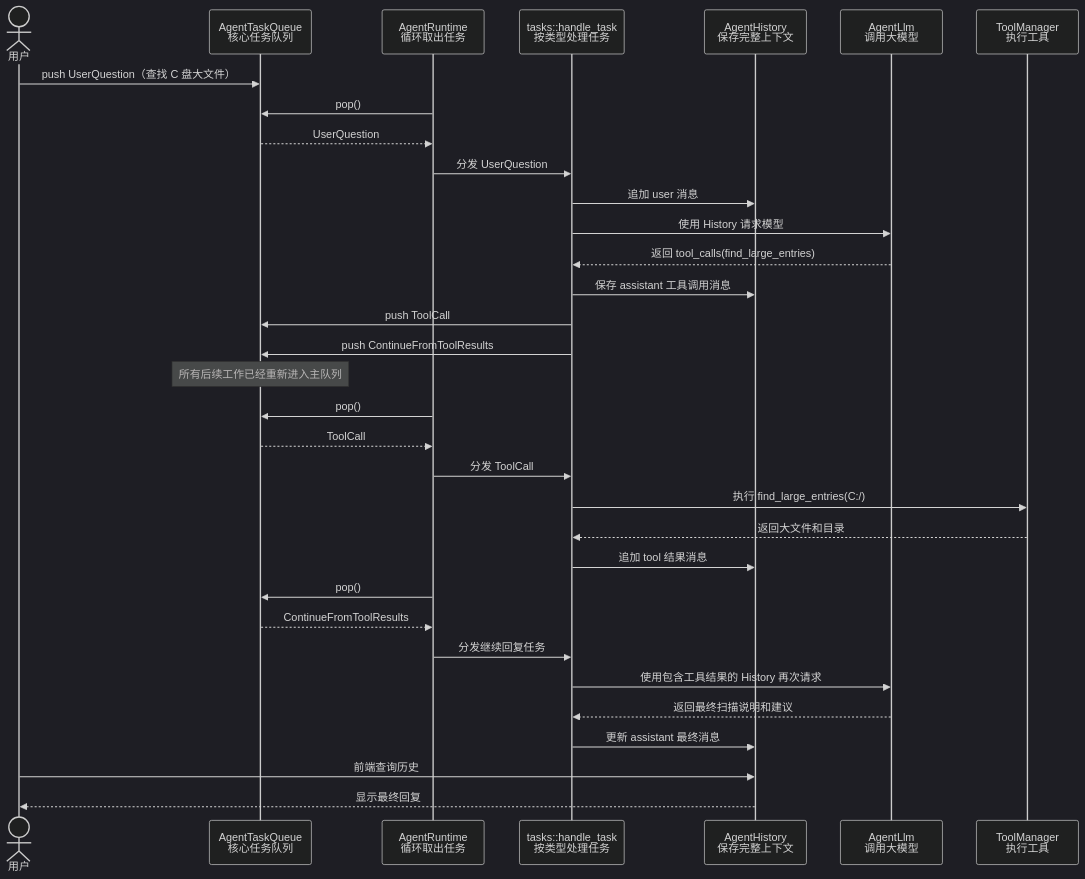
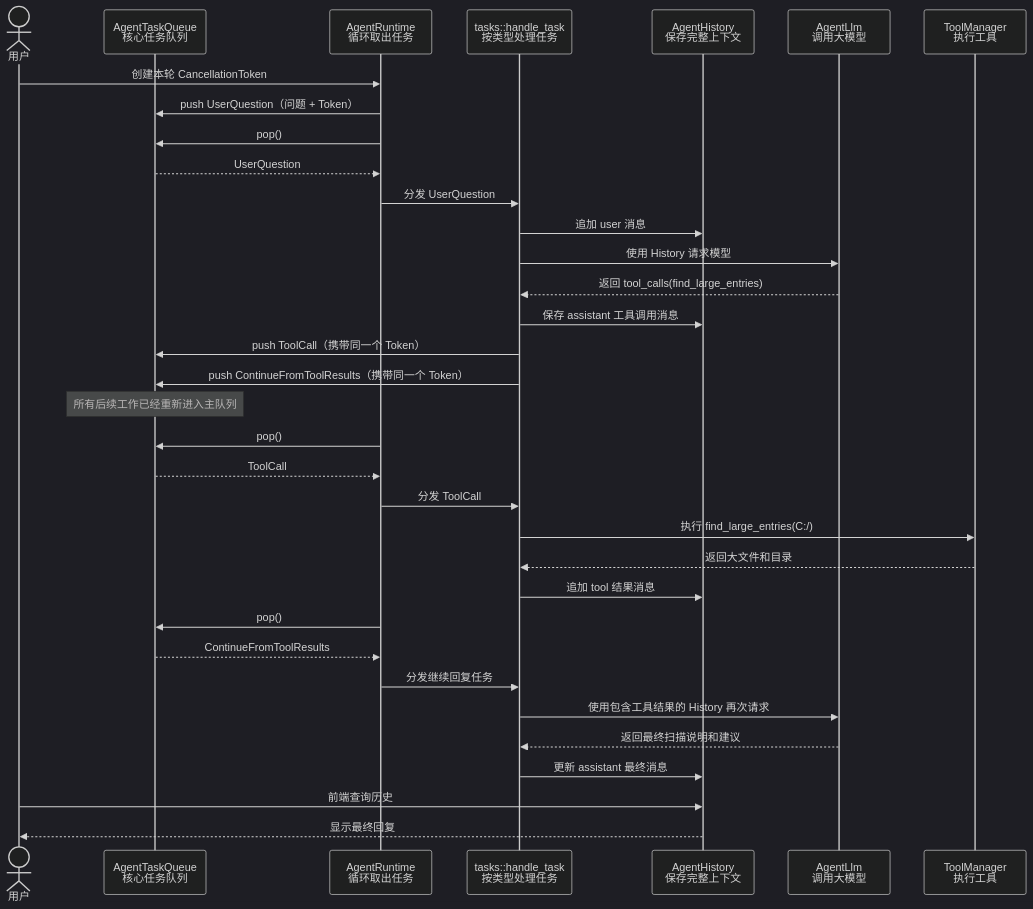
One commit to bysq-2006/CleanPilot changed the second of 3 diagrams in src-tauri/src/agent/README.md. Above: the diagram before and after it, drawn with Mermaid (dark theme). The commit also changed other lines of this file and 9 other files, not shown here.

````diff
--- a/src-tauri/src/agent/README.md
+++ b/src-tauri/src/agent/README.md
@@ -32,41 +32,42 @@
 ```mermaid
 sequenceDiagram
     actor User as 用户
     participant Queue as AgentTaskQueue<br/>核心任务队列
     participant Runtime as AgentRuntime<br/>循环取出任务
     participant Handler as tasks::handle_task<br/>按类型处理任务
     participant History as AgentHistory<br/>保存完整上下文
     participant LLM as AgentLlm<br/>调用大模型
     participant Tools as ToolManager<br/>执行工具
 
-    User->>Queue: push UserQuestion（查找 C 盘大文件）
+    User->>Runtime: 创建本轮 CancellationToken
+    Runtime->>Queue: push UserQuestion（问题 + Token）
 
     Runtime->>Queue: pop()
     Queue-->>Runtime: UserQuestion
     Runtime->>Handler: 分发 UserQuestion
     Handler->>History: 追加 user 消息
     Handler->>LLM: 使用 History 请求模型
     LLM-->>Handler: 返回 tool_calls(find_large_entries)
     Handler->>History: 保存 assistant 工具调用消息
-    Handler->>Queue: push ToolCall
-    Handler->>Queue: push ContinueFromToolResults
+    Handler->>Queue: push ToolCall（携带同一个 Token）
+    Handler->>Queue: push ContinueFromToolResults（携带同一个 Token）
 
     Note over Queue: 所有后续工作已经重新进入主队列
 
     Runtime->>Queue: pop()
     Queue-->>Runtime: ToolCall
     Runtime->>Handler: 分发 ToolCall
     Handler->>Tools: 执行 find_large_entries(C:/)
     Tools-->>Handler: 返回大文件和目录
     Handler->>History: 追加 tool 结果消息
 
     Runtime->>Queue: pop()
     Queue-->>Runtime: ContinueFromToolResults
     Runtime->>Handler: 分发继续回复任务
     Handler->>LLM: 使用包含工具结果的 History 再次请求
     LLM-->>Handler: 返回最终扫描说明和建议
     Handler->>History: 更新 assistant 最终消息
 
     User->>History: 前端查询历史
     History-->>User: 显示最终回复
 ```
````
